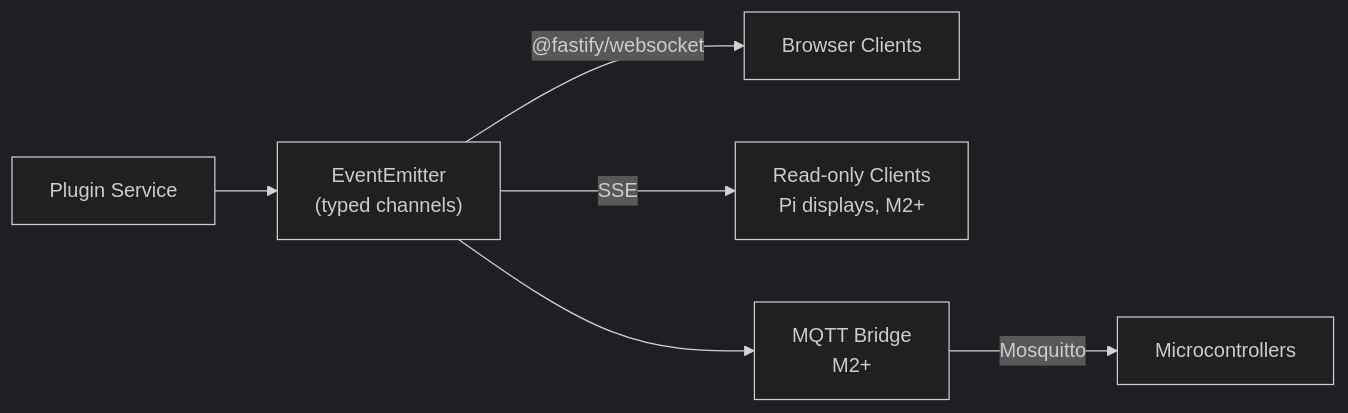
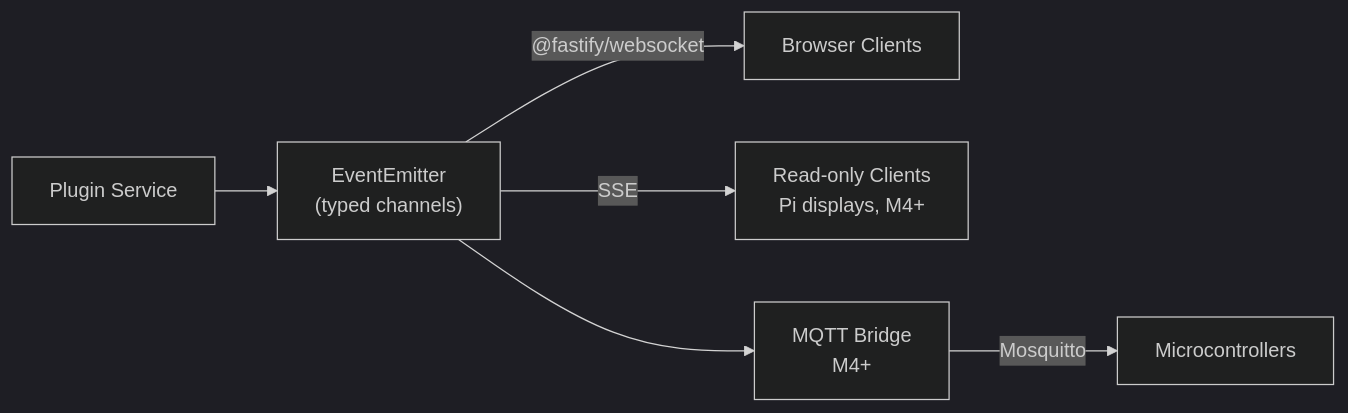
The second of 2 diagrams in docs/architecture.md (inquisitive-ginger/vireo), drawn with Mermaid (dark theme) before and after one commit. The commit also changed other lines of this file and 12 other files, not shown here.

First line of the commit message:
[planning/audit] Roadmap restructure, M0 doc gaps resolved

````diff
--- a/docs/architecture.md
+++ b/docs/architecture.md
@@ -134,8 +134,8 @@
 ```mermaid
 flowchart LR
   P["Plugin Service"] --> EB["EventEmitter\n(typed channels)"]
   EB -->|"@fastify/websocket"| B["Browser Clients"]
-  EB -->|SSE| R["Read-only Clients\nPi displays, M2+"]
-  EB --> MB["MQTT Bridge\nM2+"]
+  EB -->|SSE| R["Read-only Clients\nPi displays, M4+"]
+  EB --> MB["MQTT Bridge\nM4+"]
   MB -->|Mosquitto| MCU["Microcontrollers"]
 ```
````
